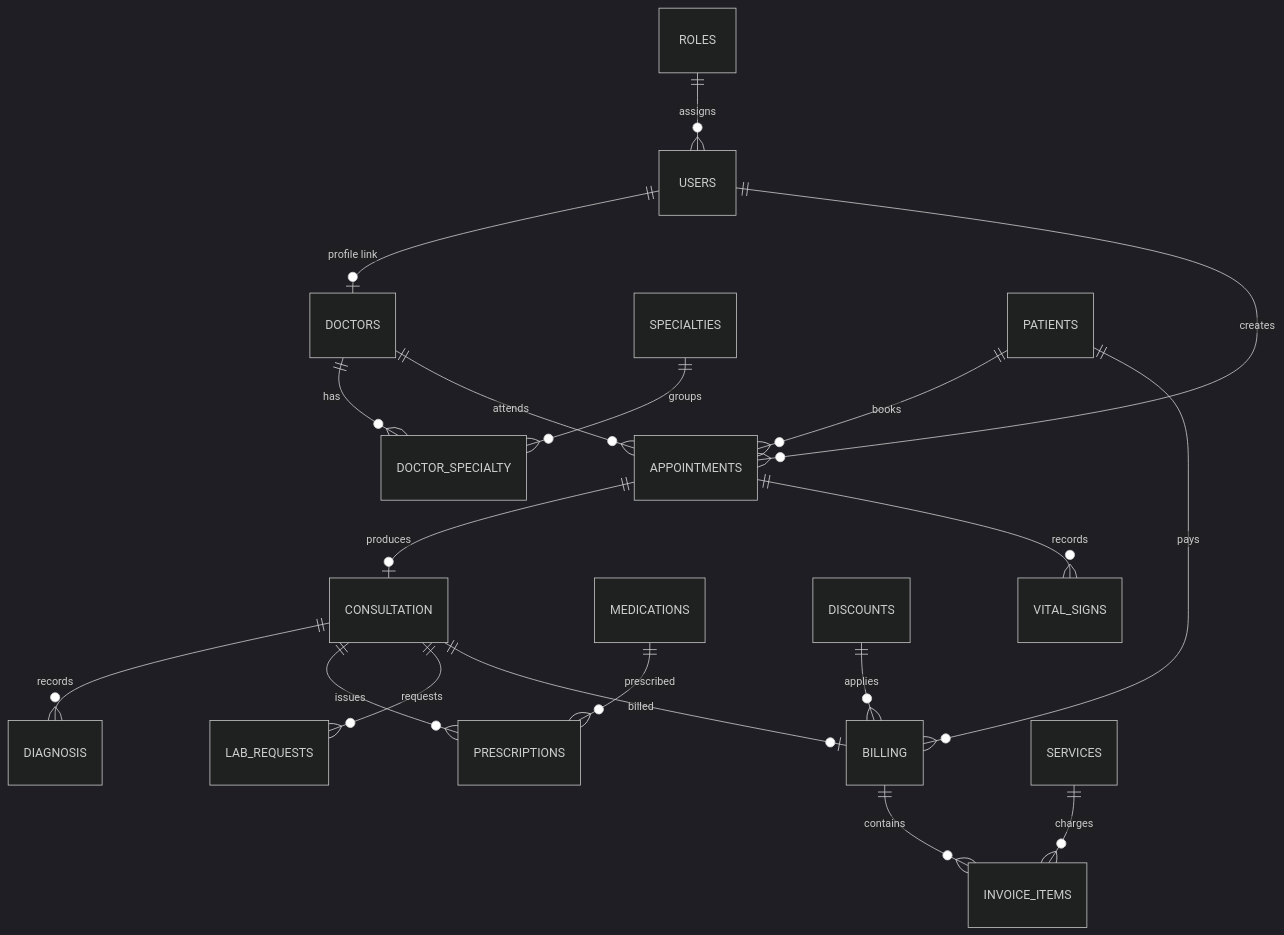
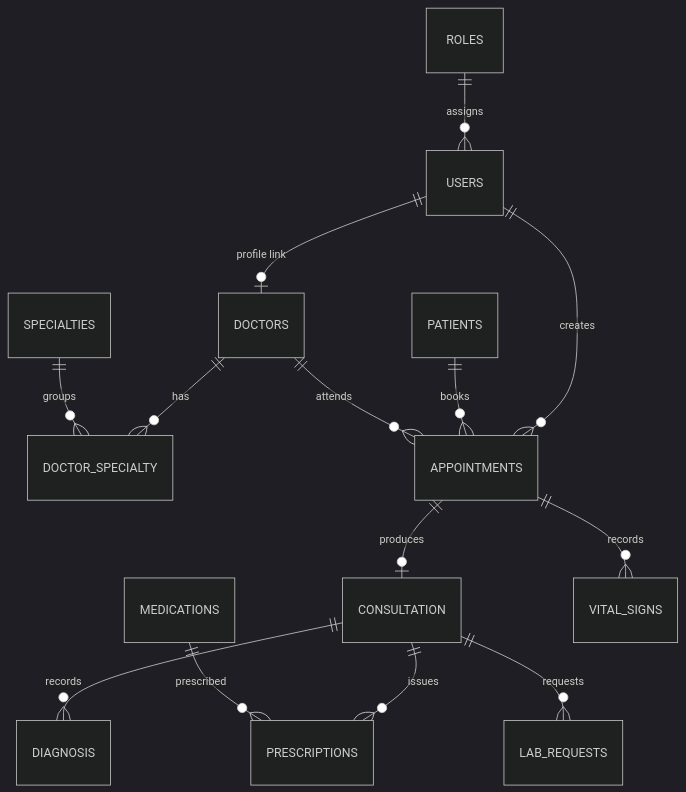
The diagram in docs/obsidian-vault/Database Schema.md (Zula-stdnt/Clinic-Appointment-and-Patient-Records-System), drawn with Mermaid (dark theme) before and after one commit. The commit also changed other lines of this file and 51 other files, not shown here.

````diff
--- a/docs/obsidian-vault/Database Schema.md
+++ b/docs/obsidian-vault/Database Schema.md
@@ -18,21 +18,16 @@
 ```mermaid
 erDiagram
     ROLES ||--o{ USERS : assigns
     USERS ||--o| DOCTORS : "profile link"
     DOCTORS ||--o{ DOCTOR_SPECIALTY : has
     SPECIALTIES ||--o{ DOCTOR_SPECIALTY : groups
     USERS ||--o{ APPOINTMENTS : creates
     PATIENTS ||--o{ APPOINTMENTS : books
     DOCTORS ||--o{ APPOINTMENTS : attends
     APPOINTMENTS ||--o| CONSULTATION : produces
     CONSULTATION ||--o{ DIAGNOSIS : records
     CONSULTATION ||--o{ PRESCRIPTIONS : issues
     CONSULTATION ||--o{ LAB_REQUESTS : requests
     MEDICATIONS ||--o{ PRESCRIPTIONS : prescribed
-    CONSULTATION ||--o| BILLING : billed
-    PATIENTS ||--o{ BILLING : pays
-    DISCOUNTS ||--o{ BILLING : applies
-    BILLING ||--o{ INVOICE_ITEMS : contains
-    SERVICES ||--o{ INVOICE_ITEMS : charges
     APPOINTMENTS ||--o{ VITAL_SIGNS : records
 ```
````
